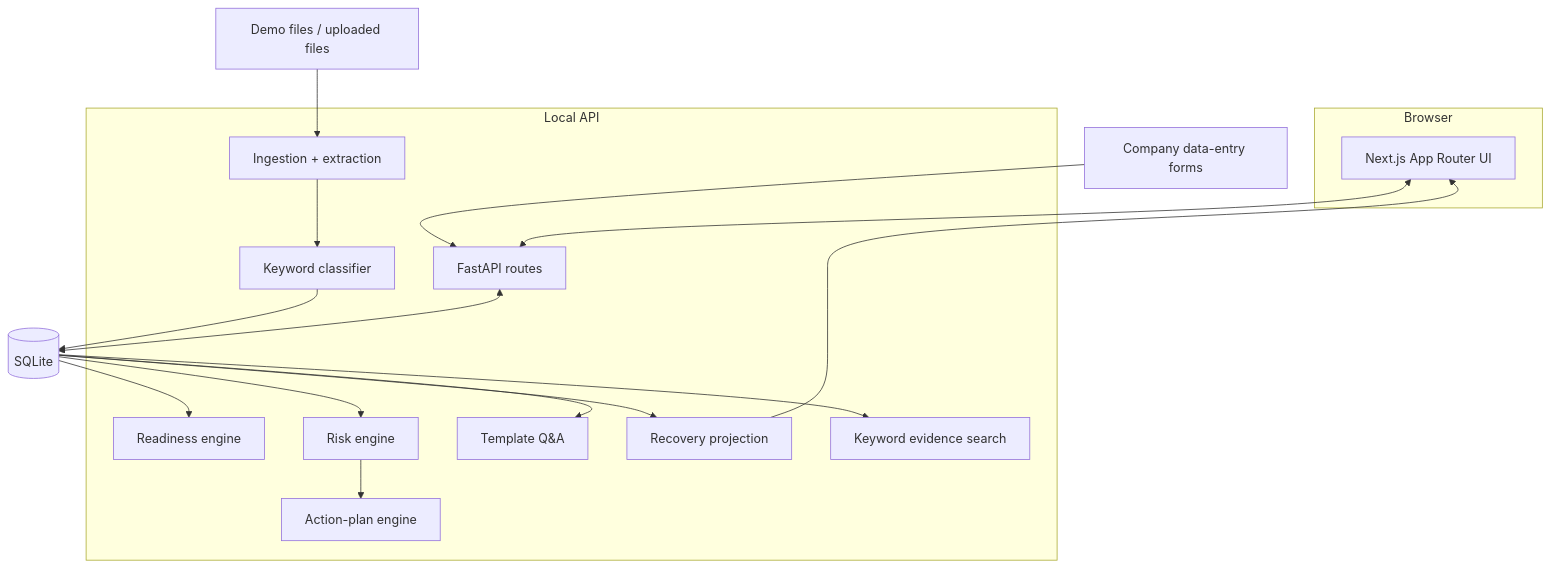
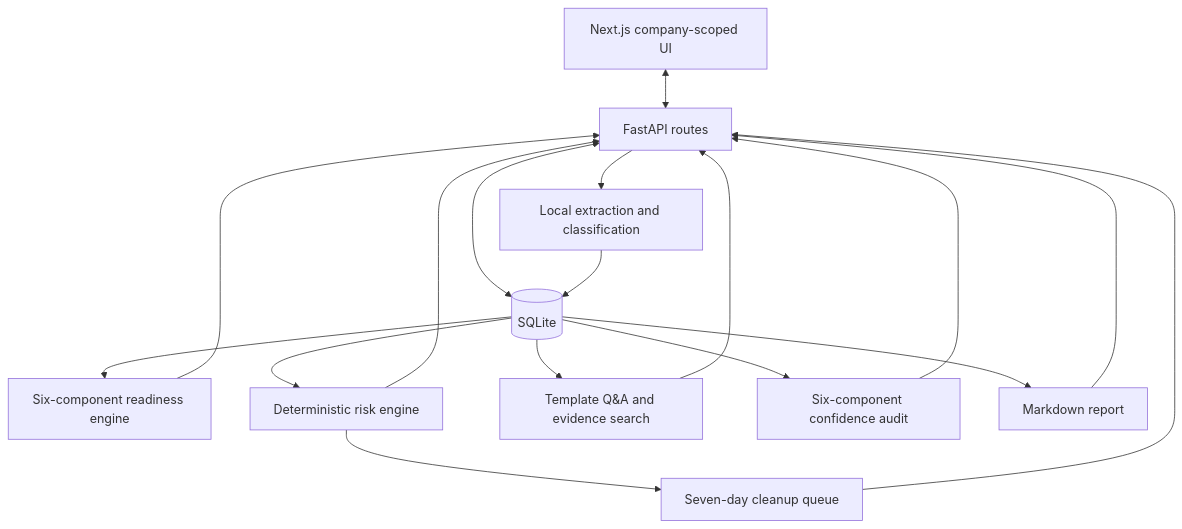
The diagram in docs/ARCHITECTURE.md (MANEESHREDDYD/Flowlie-Raise-Readiness-Copilot), drawn with Mermaid before and after one commit. The commit also changed other lines of this file and 53 other files, not shown here.

````diff
--- a/docs/ARCHITECTURE.md
+++ b/docs/ARCHITECTURE.md
@@ -21,32 +15,23 @@
 ```mermaid
 flowchart TB
-  subgraph Browser
-    UI[Next.js App Router UI]
-  end
-  subgraph Local API
-    API[FastAPI routes]
-    ING[Ingestion + extraction]
-    CLASS[Keyword classifier]
-    READY[Readiness engine]
-    RISK[Risk engine]
-    RECOVERY[Recovery projection]
-    QA[Template Q&A]
-    SEARCH[Keyword evidence search]
-    PLAN[Action-plan engine]
-  end
+  UI[Next.js company-scoped UI]
+  API[FastAPI routes]
   DB[(SQLite)]
-  FILES[Demo files / uploaded files]
-  FORMS[Company data-entry forms]
+  INGEST[Local extraction and classification]
+  SCORE[Six-component readiness engine]
+  RISK[Deterministic risk engine]
+  QA[Template Q&A and evidence search]
+  PLAN[Seven-day cleanup queue]
+  CONF[Six-component confidence audit]
+  REPORT[Markdown report]
 
   UI <--> API
-  FORMS --> API
-  FILES --> ING --> CLASS --> DB
   API <--> DB
-  DB --> READY
-  DB --> RISK
-  DB --> RECOVERY
-  DB --> QA
-  DB --> SEARCH
-  RISK --> PLAN
-  RECOVERY --> UI
+  API --> INGEST --> DB
+  DB --> SCORE --> API
+  DB --> RISK --> API
+  DB --> QA --> API
+  RISK --> PLAN --> API
+  DB --> CONF --> API
+  DB --> REPORT --> API
 ```
````
